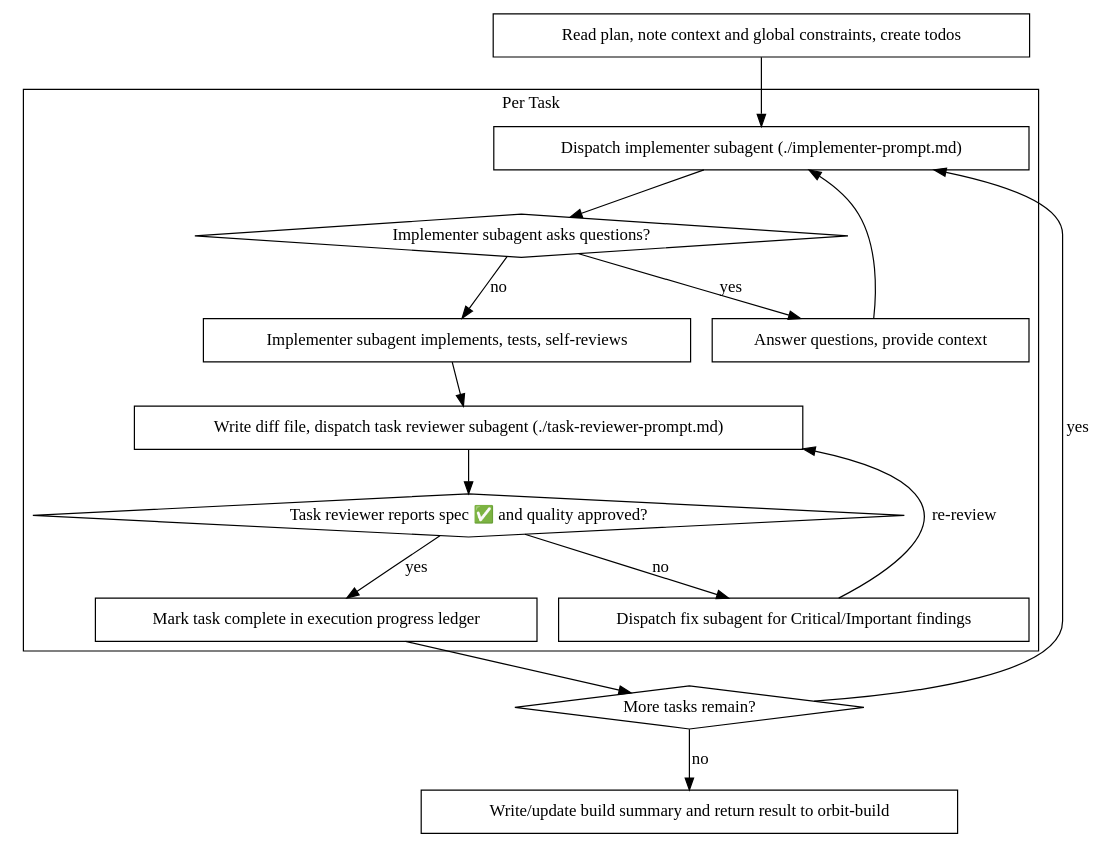
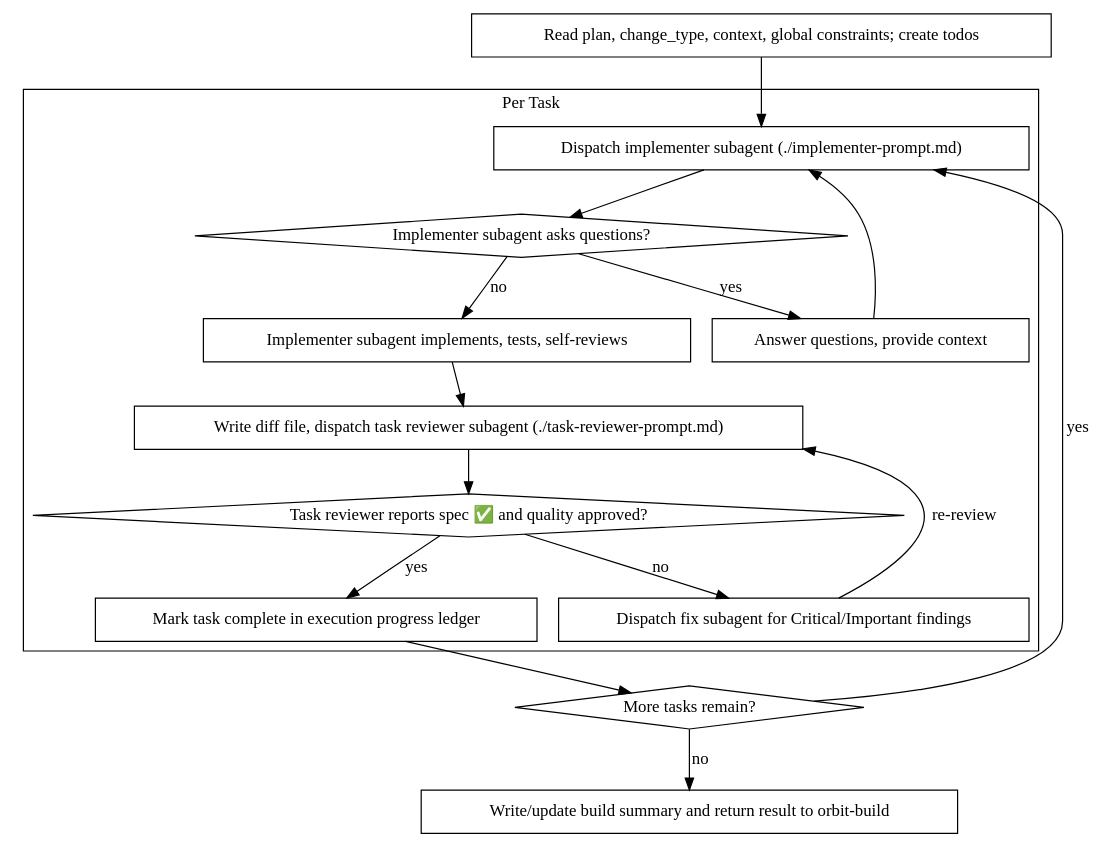
One commit to LeoKon3/orbit changed the second of 2 diagrams in skills/orbit-subagent-dev/SKILL.md. Above: the diagram before and after it, drawn with Graphviz. The commit also changed other lines of this file and 30 other files, not shown here.

````diff
--- a/skills/orbit-subagent-dev/SKILL.md
+++ b/skills/orbit-subagent-dev/SKILL.md
@@ -57,35 +59,35 @@
 ```dot
 digraph process {
     rankdir=TB;
 
     subgraph cluster_per_task {
         label="Per Task";
         "Dispatch implementer subagent (./implementer-prompt.md)" [shape=box];
         "Implementer subagent asks questions?" [shape=diamond];
         "Answer questions, provide context" [shape=box];
         "Implementer subagent implements, tests, self-reviews" [shape=box];
         "Write diff file, dispatch task reviewer subagent (./task-reviewer-prompt.md)" [shape=box];
         "Task reviewer reports spec ✅ and quality approved?" [shape=diamond];
         "Dispatch fix subagent for Critical/Important findings" [shape=box];
         "Mark task complete in execution progress ledger" [shape=box];
     }
 
-    "Read plan, note context and global constraints, create todos" [shape=box];
+    "Read plan, change_type, context, global constraints; create todos" [shape=box];
     "More tasks remain?" [shape=diamond];
     "Write/update build summary and return result to orbit-build" [shape=box];
 
-    "Read plan, note context and global constraints, create todos" -> "Dispatch implementer subagent (./implementer-prompt.md)";
+    "Read plan, change_type, context, global constraints; create todos" -> "Dispatch implementer subagent (./implementer-prompt.md)";
     "Dispatch implementer subagent (./implementer-prompt.md)" -> "Implementer subagent asks questions?";
     "Implementer subagent asks questions?" -> "Answer questions, provide context" [label="yes"];
     "Answer questions, provide context" -> "Dispatch implementer subagent (./implementer-prompt.md)";
     "Implementer subagent asks questions?" -> "Implementer subagent implements, tests, self-reviews" [label="no"];
     "Implementer subagent implements, tests, self-reviews" -> "Write diff file, dispatch task reviewer subagent (./task-reviewer-prompt.md)";
     "Write diff file, dispatch task reviewer subagent (./task-reviewer-prompt.md)" -> "Task reviewer reports spec ✅ and quality approved?";
     "Task reviewer reports spec ✅ and quality approved?" -> "Dispatch fix subagent for Critical/Important findings" [label="no"];
     "Dispatch fix subagent for Critical/Important findings" -> "Write diff file, dispatch task reviewer subagent (./task-reviewer-prompt.md)" [label="re-review"];
     "Task reviewer reports spec ✅ and quality approved?" -> "Mark task complete in execution progress ledger" [label="yes"];
     "Mark task complete in execution progress ledger" -> "More tasks remain?";
     "More tasks remain?" -> "Dispatch implementer subagent (./implementer-prompt.md)" [label="yes"];
     "More tasks remain?" -> "Write/update build summary and return result to orbit-build" [label="no"];
 }
 ```
````
